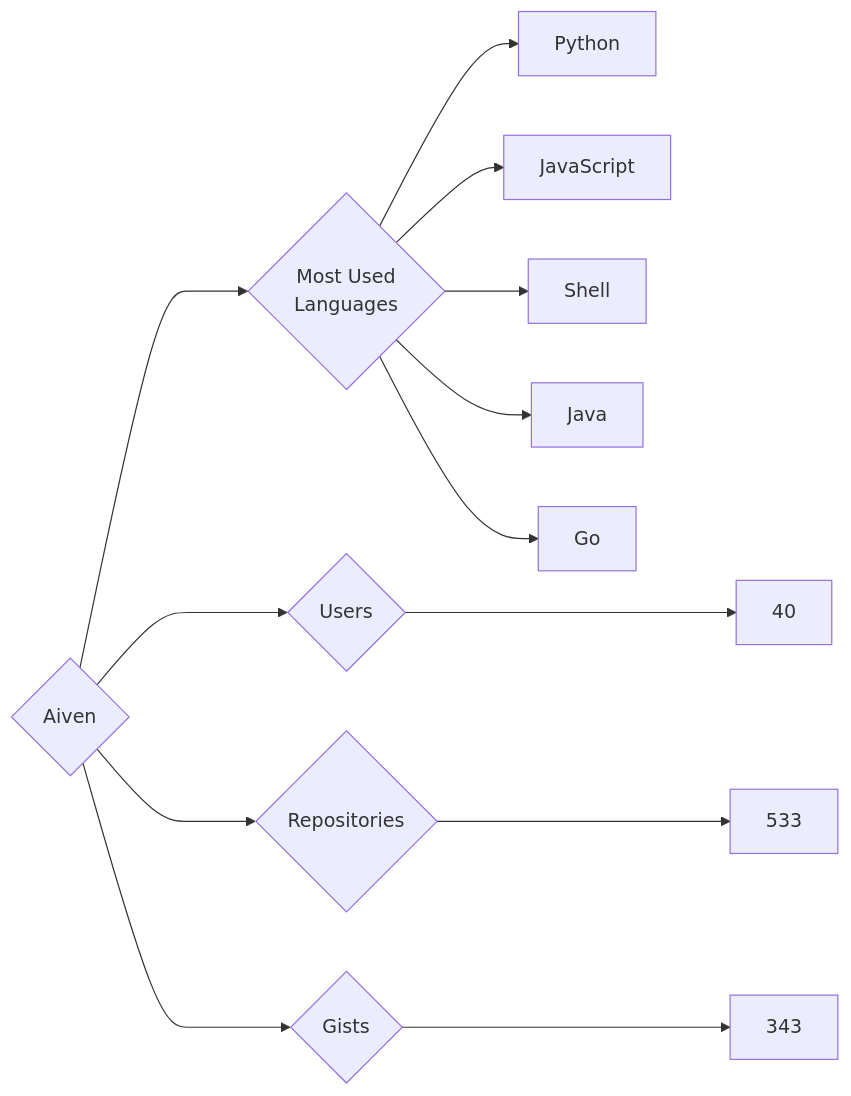
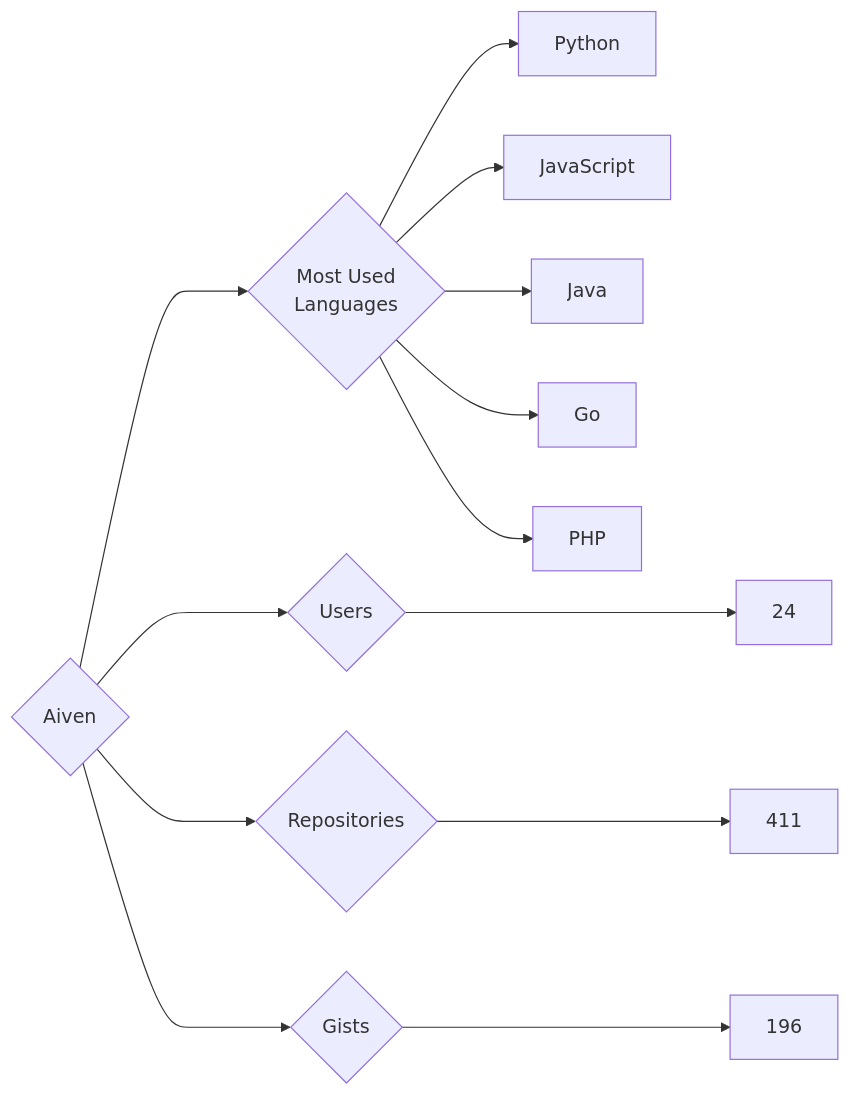
The diagram in targets/Aiven/README.md (trickest/insiders), drawn with Mermaid before and after one commit. The commit also changed 861 other files, not shown here.

````diff
--- a/targets/Aiven/README.md
+++ b/targets/Aiven/README.md
@@ -3,13 +3,13 @@
 ```mermaid
 graph LR
 COMPANY_NAME{Aiven}
-COMPANY_NAME ---> U{Users} ---> UN[40]
-COMPANY_NAME ---> R{Repositories} ---> RN[533]
-COMPANY_NAME ---> G{Gists} ---> GN[343]
+COMPANY_NAME ---> U{Users} ---> UN[24]
+COMPANY_NAME ---> R{Repositories} ---> RN[411]
+COMPANY_NAME ---> G{Gists} ---> GN[196]
 COMPANY_NAME ---> ML{Most Used<br>Languages}
 ML --> Python[Python]
 ML --> JavaScript[JavaScript]
-ML --> Shell[Shell]
 ML --> Java[Java]
 ML --> Go[Go]
+ML --> PHP[PHP]
 ```
````
